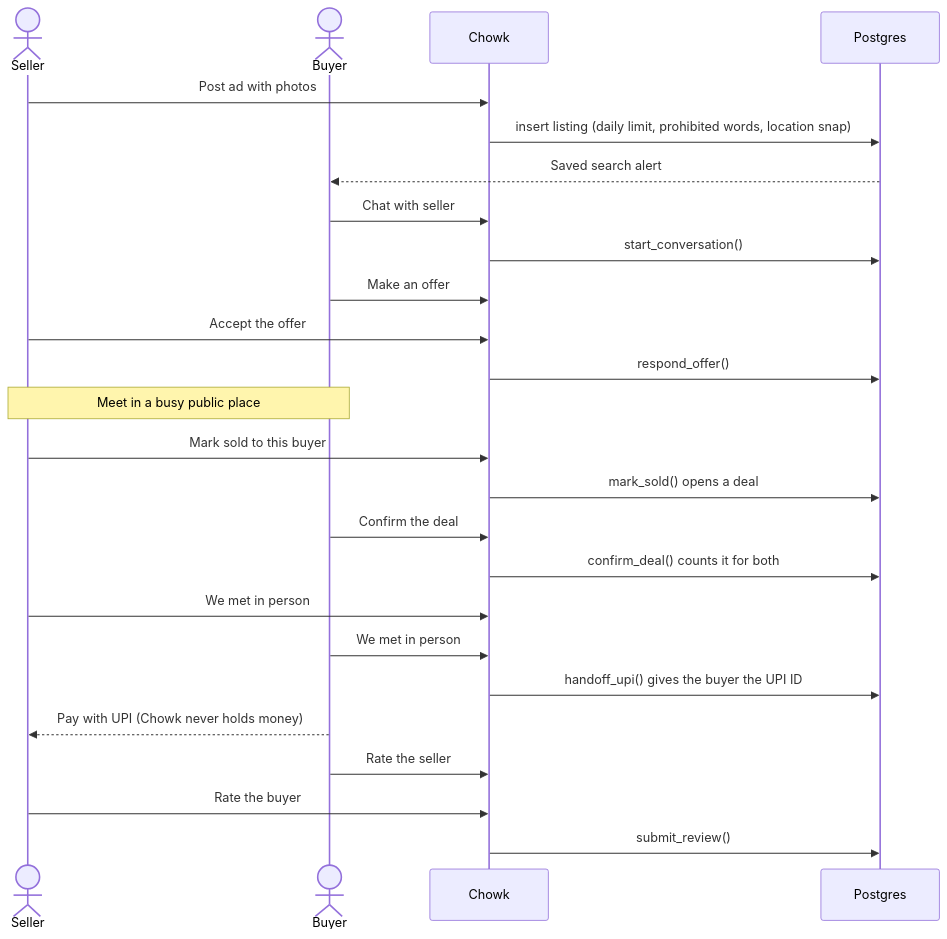
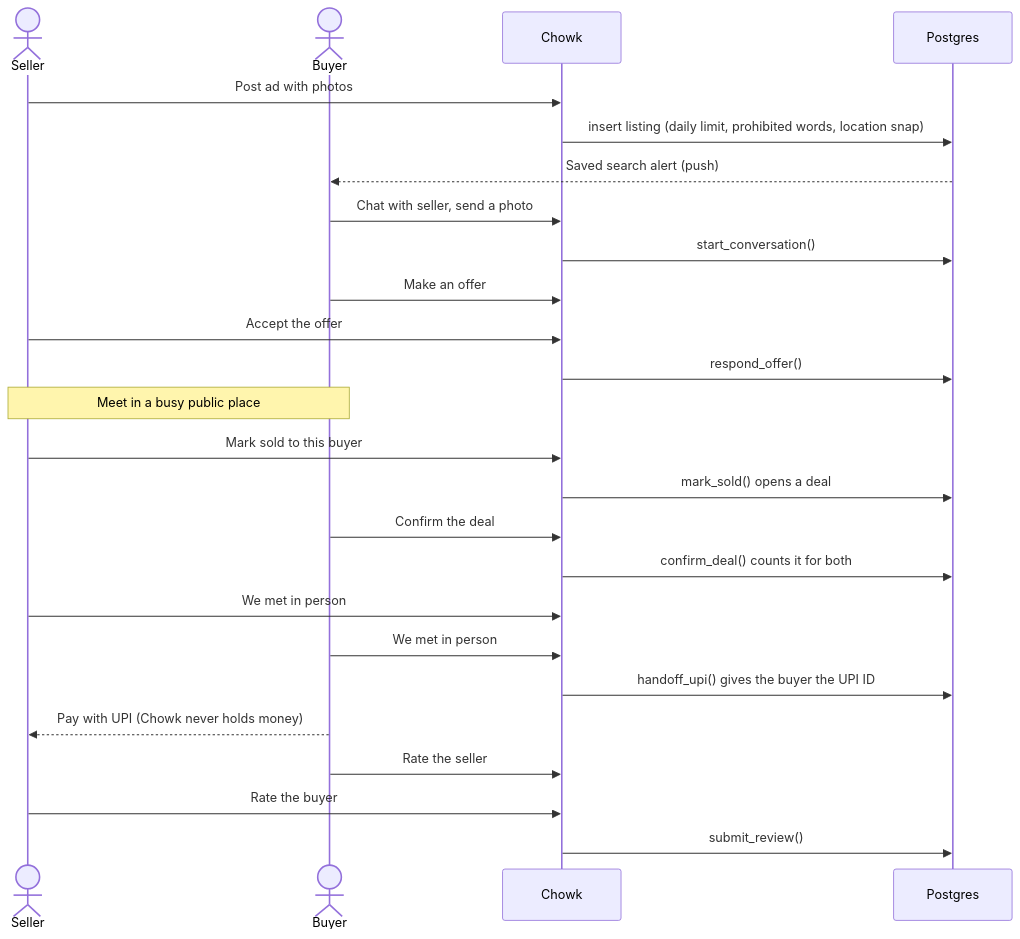
One commit to kandulanikhilvarma/chowk changed the third of 7 diagrams in README.md. Above: the diagram before and after it, drawn with Mermaid. The commit also changed other lines of this file and 58 other files, not shown here.

First line of the commit message:
feat: release 2 search, ad page, chat photos and ops

````diff
--- a/README.md
+++ b/README.md
@@ -101,27 +161,27 @@
 ```mermaid
 sequenceDiagram
   actor S as Seller
   actor B as Buyer
   participant C as Chowk
   participant DB as Postgres
   S->>C: Post ad with photos
   C->>DB: insert listing (daily limit, prohibited words, location snap)
-  DB-->>B: Saved search alert
-  B->>C: Chat with seller
+  DB-->>B: Saved search alert (push)
+  B->>C: Chat with seller, send a photo
   C->>DB: start_conversation()
   B->>C: Make an offer
   S->>C: Accept the offer
   C->>DB: respond_offer()
   Note over S,B: Meet in a busy public place
   S->>C: Mark sold to this buyer
   C->>DB: mark_sold() opens a deal
   B->>C: Confirm the deal
   C->>DB: confirm_deal() counts it for both
   S->>C: We met in person
   B->>C: We met in person
   C->>DB: handoff_upi() gives the buyer the UPI ID
   B-->>S: Pay with UPI (Chowk never holds money)
   B->>C: Rate the seller
   S->>C: Rate the buyer
   C->>DB: submit_review()
 ```
````
